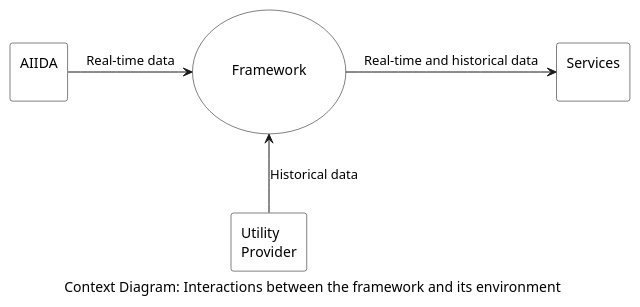
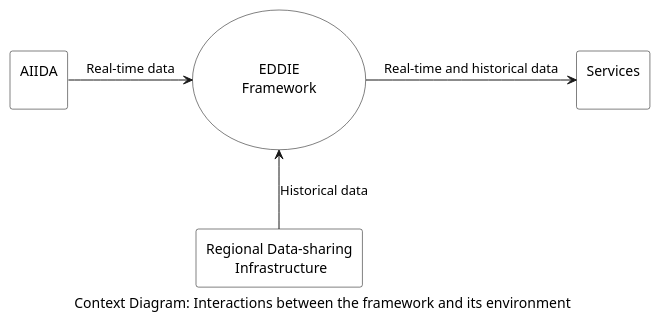
The diagram in arc42/03-context-and-scope/figures/context-diagram.puml (eddie-energy/architecture), drawn with PlantUML before and after one commit. The commit also changed 48 other files, not shown here.

```diff
--- a/arc42/03-context-and-scope/figures/context-diagram.puml
+++ b/arc42/03-context-and-scope/figures/context-diagram.puml
@@ -1,28 +1,28 @@
 @startuml context-diagram
 'context diagram
 caption Context Diagram: Interactions between the framework and its environment
 
 ' skinparam linetype ortho
 skinparam usecase {
   BorderColor black
   BackgroundColor transparent
 }
 skinparam rectangle {
   BorderColor black
   BackgroundColor transparent
 }
 
-usecase "\n\nFramework\n\n" as eddie 
+usecase "\n\nEDDIE\nFramework\n\n" as eddie 
 ' #ffbd38
-rectangle "Utility\nProvider" as energy
+rectangle "Regional Data-sharing\n\tInfrastructure" as energy
 ' #52cbff
 rectangle "AIIDA\n" as aiida
 ' #7aff83
 rectangle "Services\n" as services
 ' #ff52ab
 
 aiida -right-> eddie :Real-time data
 energy -up-> eddie :Historical data
 eddie -right-> services :Real-time and historical data
 
 @enduml
```
